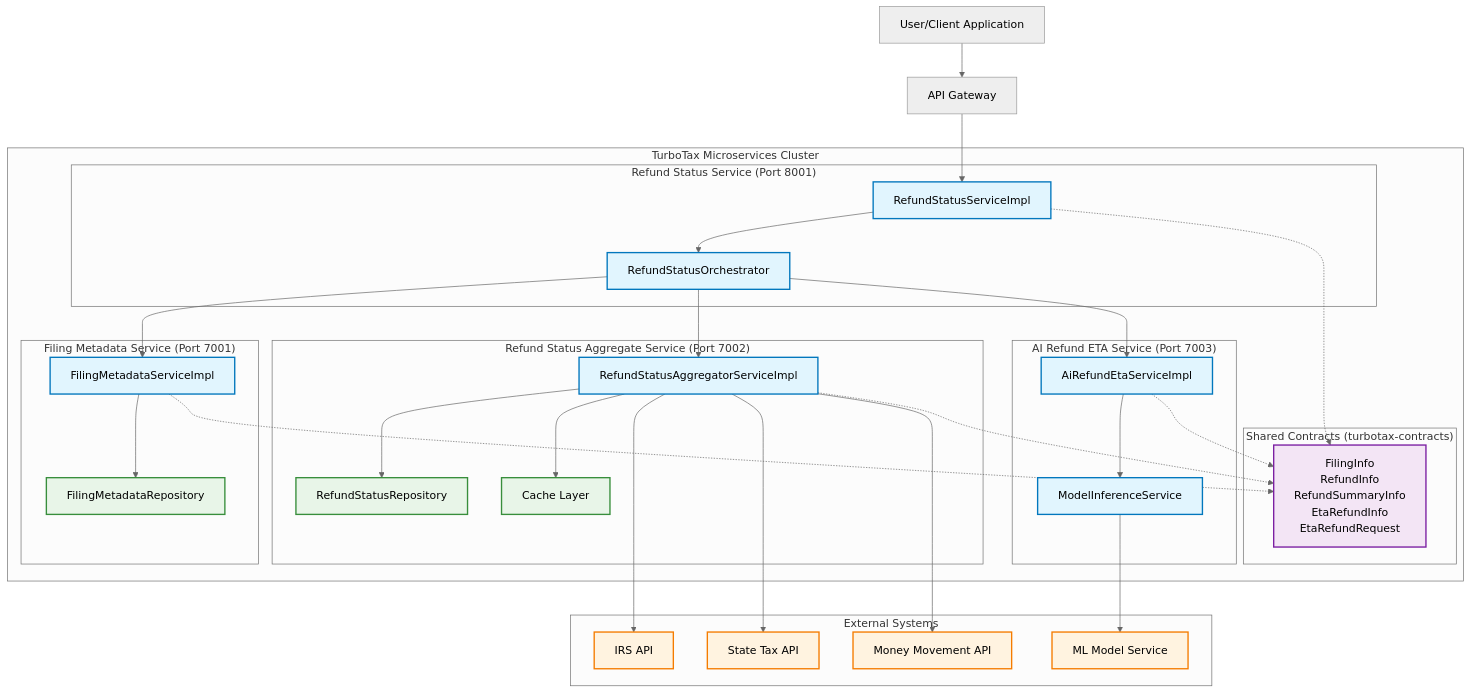
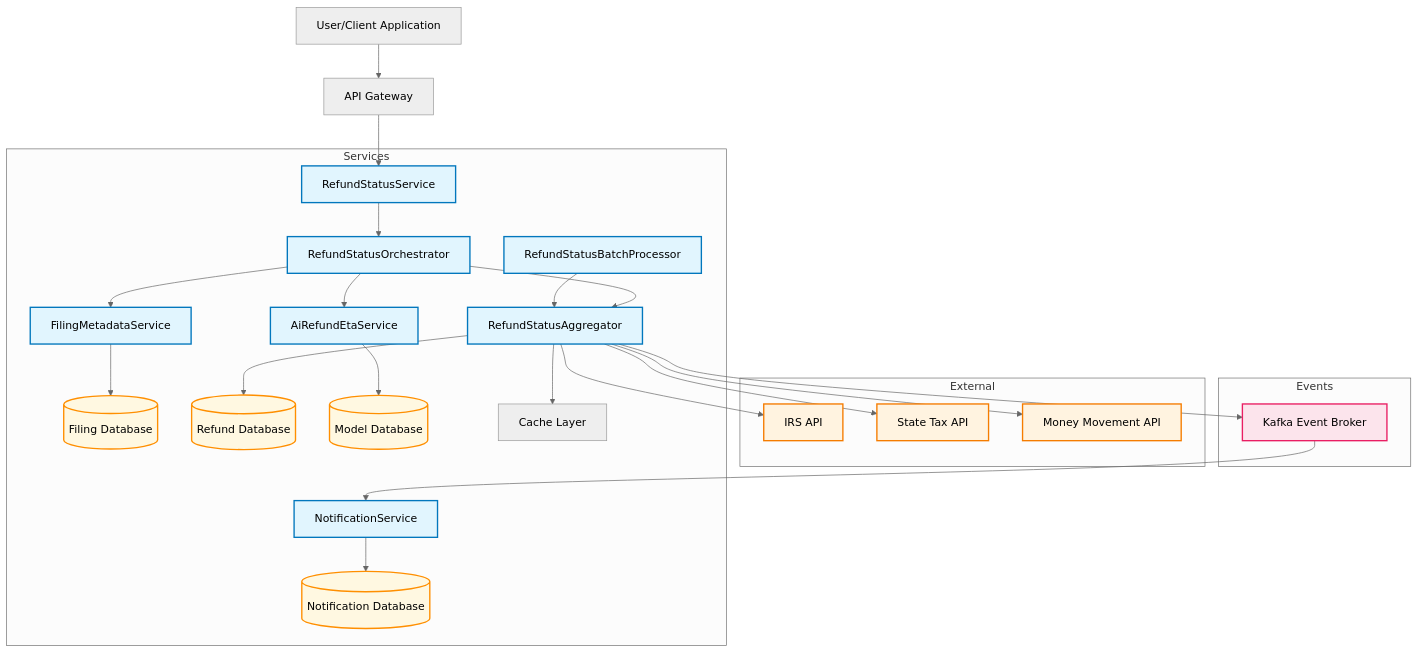
The diagram in architecture-diagram.md (gargmanojk/intuit), drawn with Mermaid (neutral theme) before and after one commit. The commit also changed other lines of this file and 1 other file, not shown here.

Commit message:
updated diagram

````diff
--- a/architecture-diagram.md
+++ b/architecture-diagram.md
@@ -6,90 +14,68 @@
 ```mermaid
 graph TB
-    %% External Systems
-    subgraph "External Systems"
+    User[User/Client Application]
+    Gateway[API Gateway]
+    
+    User --> Gateway
+    Gateway --> RSS
+    
+    subgraph Services
+        RSS[RefundStatusService]
+        RSO[RefundStatusOrchestrator]
+        FMS[FilingMetadataService]
+        RSA[RefundStatusAggregator]
+        AES[AiRefundEtaService]
+        RBS[RefundStatusBatchProcessor]
+        NS[NotificationService]
+        
+        FilingDB[(Filing Database)]
+        RefundDB[(Refund Database)]
+        ModelDB[(Model Database)]
+        NotificationDB[(Notification Database)]
+        Cache[Cache Layer]
+    end
+    
+    subgraph External
         IRS[IRS API]
         StateTax[State Tax API]
         MoneyMvmt[Money Movement API]
-        ML[ML Model Service]
     end
-
-    %% User Interface
-    User[User/Client Application]
-
-    %% API Gateway / Load Balancer (implied)
-    User --> Gateway[API Gateway]
-
-    %% Core Microservices
-    subgraph "TurboTax Microservices Cluster"
-        
-        %% Main Orchestration Service
-        subgraph "Refund Status Service (Port 8001)"
-            RSS[RefundStatusServiceImpl]
-            RSO[RefundStatusOrchestrator]
-        end
-
-        %% Filing Data Service
-        subgraph "Filing Metadata Service (Port 7001)"
-            FMS[FilingMetadataServiceImpl]
-            FMR[FilingMetadataRepository]
-        end
-
-        %% Aggregation Service  
-        subgraph "Refund Status Aggregate Service (Port 7002)"
-            RSA[RefundStatusAggregatorServiceImpl]
-            RSAR[RefundStatusRepository]
-            Cache[Cache Layer]
-        end
-
-        %% AI/ML Service
-        subgraph "AI Refund ETA Service (Port 7003)"
-            AES[AiRefundEtaServiceImpl]
-            MIS[ModelInferenceService]
-        end
-
-        %% Shared Contracts
-        subgraph "Shared Contracts (turbotax-contracts)"
-            Contracts[FilingInfo<br/>RefundInfo<br/>RefundSummaryInfo<br/>EtaRefundInfo<br/>EtaRefundRequest]
-        end
+    
+    subgraph Events
+        Kafka[Kafka Event Broker]
     end
-
-    %% Client to Gateway
-    Gateway --> RSS
-
-    %% Internal Service Communications
+    
+    %% Service connections
     RSS --> RSO
     RSO --> FMS
-    RSO --> RSA  
+    RSO --> RSA
     RSO --> AES
-
-    %% Repository Access
-    FMS --> FMR
-    RSA --> RSAR
+    RBS --> RSA
+    
+    %% Database connections
+    FMS --> FilingDB
+    RSA --> RefundDB
+    AES --> ModelDB
+    NS --> NotificationDB
     RSA --> Cache
-
-    %% ML Model Access
-    AES --> MIS
-    MIS --> ML
-
-    %% External API Integrations
+    
+    %% External API connections
     RSA --> IRS
     RSA --> StateTax
     RSA --> MoneyMvmt
-
-    %% Contract Dependencies (all services depend on contracts)
-    RSS -.-> Contracts
-    FMS -.-> Contracts
-    RSA -.-> Contracts
-    AES -.-> Contracts
-
+    
+    %% Event connections
+    RSA --> Kafka
+    Kafka --> NS
+    
     %% Styling
-    classDef microservice fill:#e1f5fe,stroke:#0277bd,stroke-width:2px
+    classDef service fill:#e1f5fe,stroke:#0277bd,stroke-width:2px
+    classDef database fill:#fff8e1,stroke:#ff8f00,stroke-width:2px
     classDef external fill:#fff3e0,stroke:#f57c00,stroke-width:2px
-    classDef contract fill:#f3e5f5,stroke:#7b1fa2,stroke-width:2px
-    classDef repository fill:#e8f5e8,stroke:#388e3c,stroke-width:2px
-
-    class RSS,RSO,FMS,RSA,AES,MIS microservice
-    class IRS,StateTax,MoneyMvmt,ML external
-    class Contracts contract
-    class FMR,RSAR,Cache repository
+    classDef event fill:#fce4ec,stroke:#e91e63,stroke-width:2px
+    
+    class RSS,RSO,FMS,RSA,AES,RBS,NS service
+    class FilingDB,RefundDB,ModelDB,NotificationDB database
+    class IRS,StateTax,MoneyMvmt external
+    class Kafka event
 ```
````
